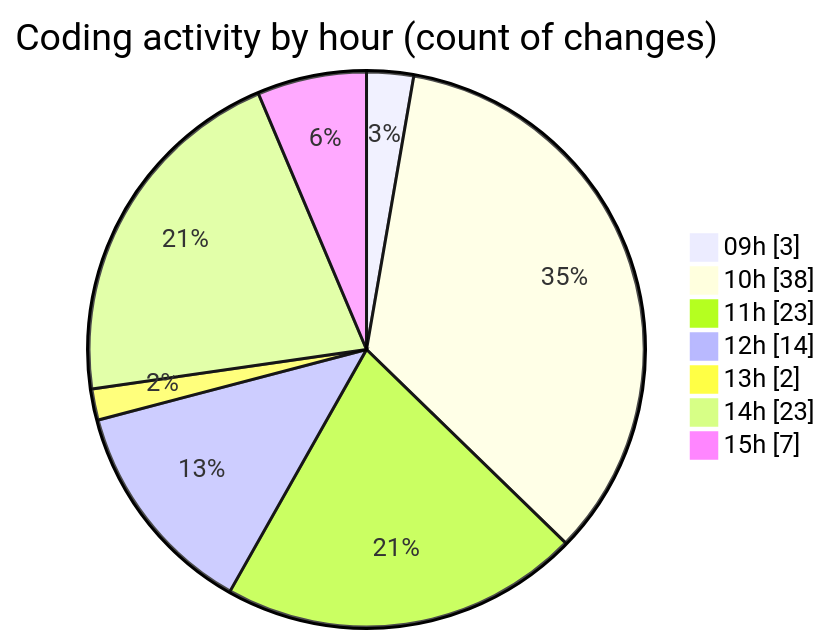
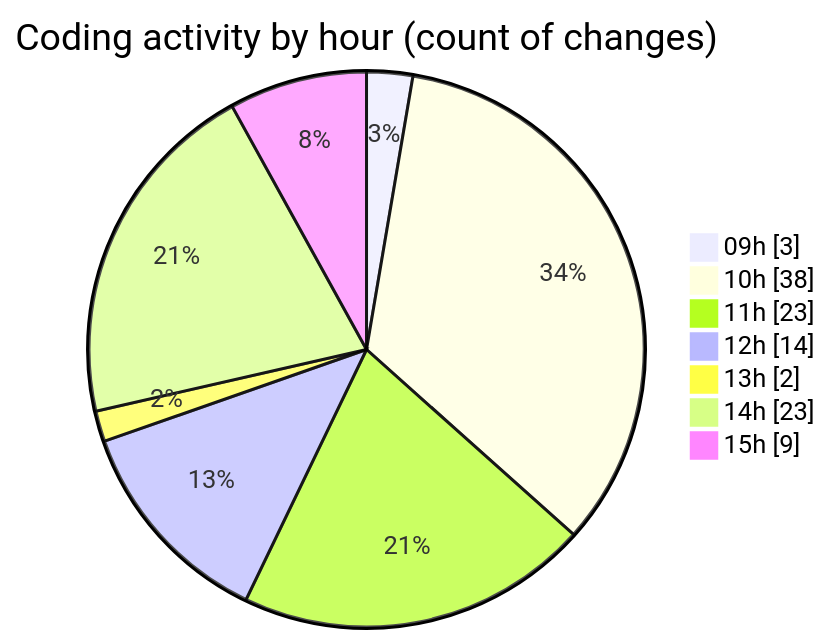
Before and after one commit to momahboobian/code-tracking: the second of 2 diagrams in 2025-11-19/cda/README.md, drawn with Mermaid. The commit also changed other lines of this file and 1 other file, not shown here.

````diff
--- a/2025-11-19/cda/README.md
+++ b/2025-11-19/cda/README.md
@@ -33,11 +33,11 @@
 ```mermaid
 pie showData
 title Coding activity by hour (count of changes)
 "09h" : 3
 "10h" : 38
 "11h" : 23
 "12h" : 14
 "13h" : 2
 "14h" : 23
-"15h" : 7
+"15h" : 9
 ```
````
